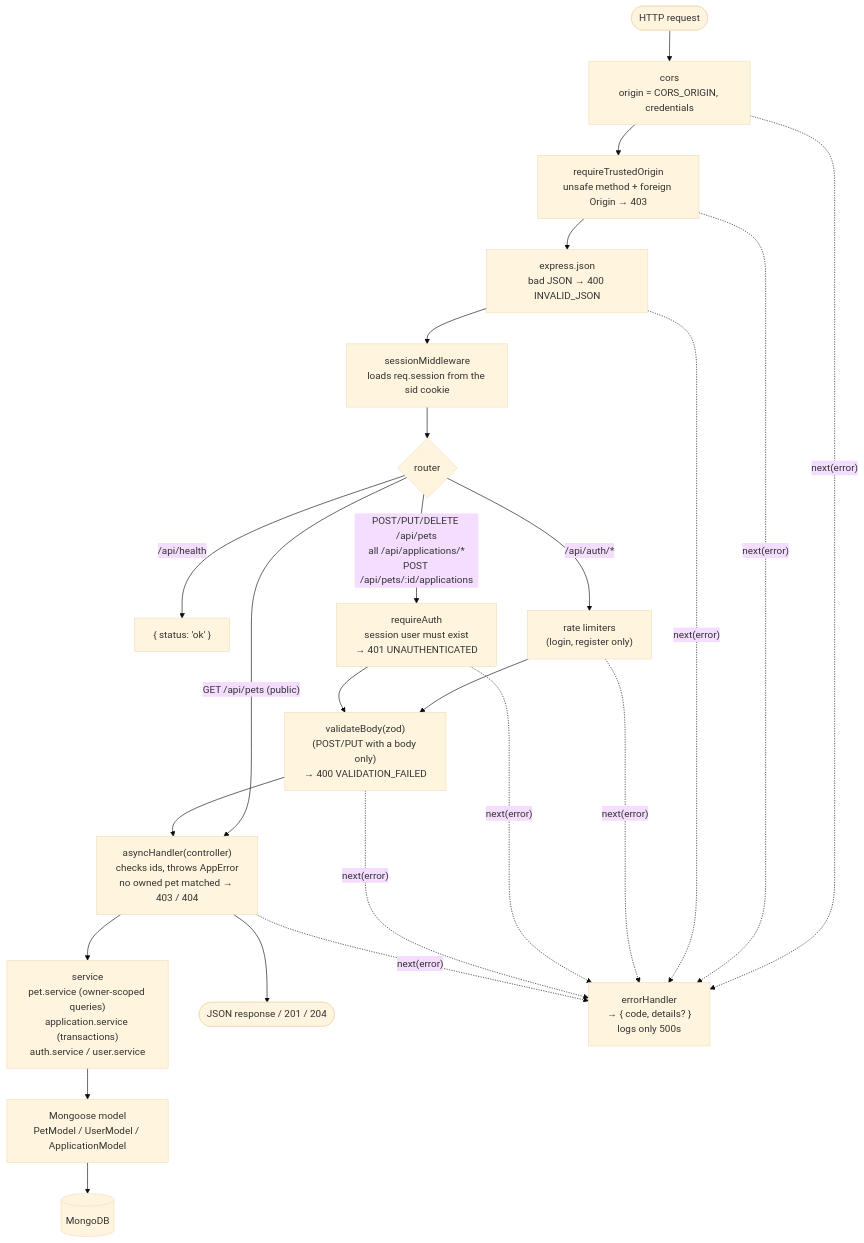
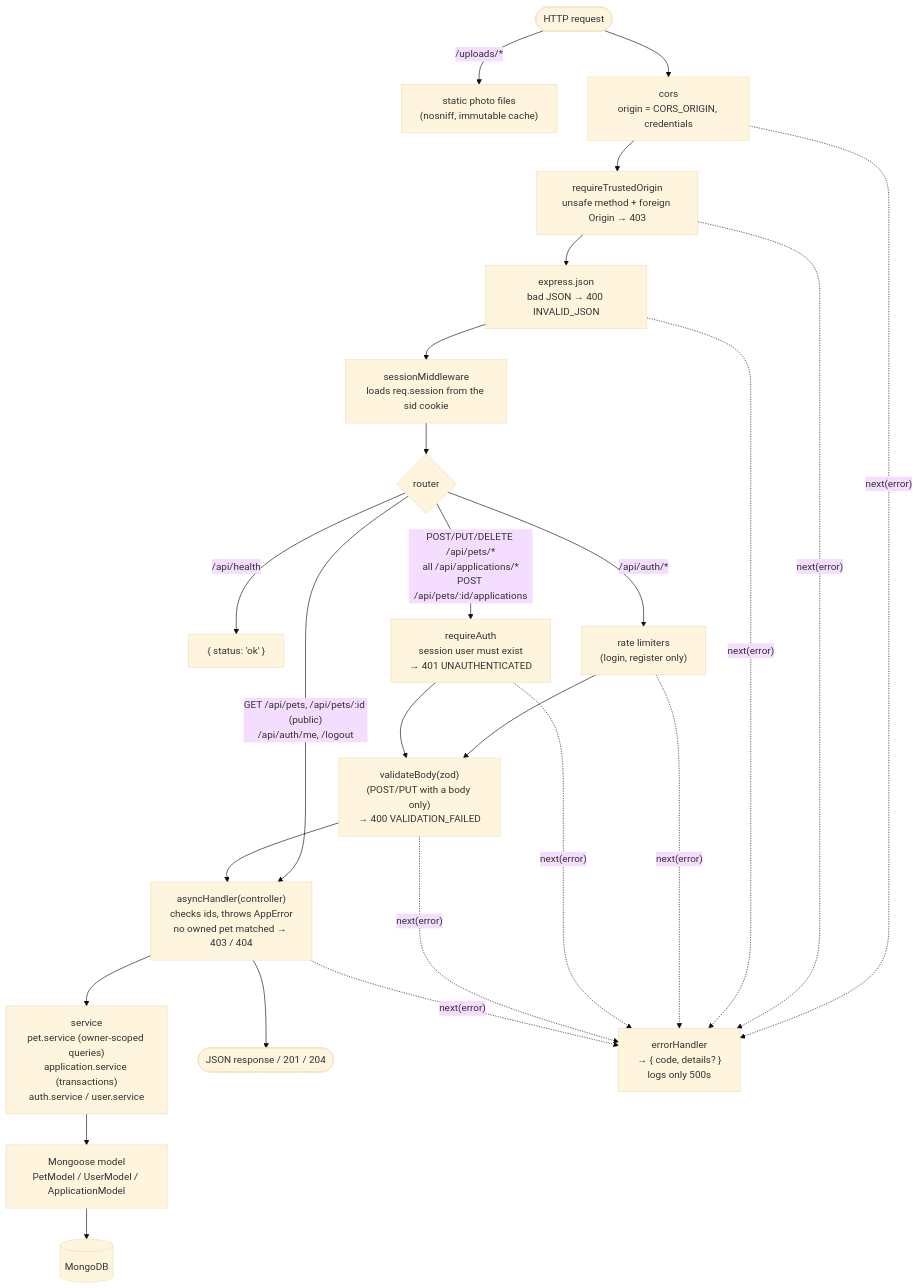
One commit to BojanSovtic/pet-adoption-system changed the third of 11 diagrams in docs/architecture.md. Above: the diagram before and after it, drawn with Mermaid (base theme). The commit also changed other lines of this file and 3 other files, not shown here.

````diff
--- a/docs/architecture.md
+++ b/docs/architecture.md
@@ -93,23 +93,24 @@
 ```mermaid
 flowchart TB
-  req(["HTTP request"]) --> cors["cors<br/>origin = CORS_ORIGIN, credentials"]
+  req(["HTTP request"]) -- "/uploads/*" --> files["static photo files<br/>(nosniff, immutable cache)"]
+  req --> cors["cors<br/>origin = CORS_ORIGIN, credentials"]
   cors --> origin["requireTrustedOrigin<br/>unsafe method + foreign Origin → 403"]
   origin --> json["express.json<br/>bad JSON → 400 INVALID_JSON"]
   json --> session["sessionMiddleware<br/>loads req.session from the sid cookie"]
   session --> router{"router"}
 
   router -- "/api/health" --> health["{ status: 'ok' }"]
   router -- "/api/auth/*" --> rate["rate limiters<br/>(login, register only)"]
-  router -- "POST/PUT/DELETE /api/pets<br/>all /api/applications/*<br/>POST /api/pets/:id/applications" --> auth["requireAuth<br/>session user must exist<br/>→ 401 UNAUTHENTICATED"]
-  router -- "GET /api/pets (public)" --> controller
+  router -- "POST/PUT/DELETE /api/pets/*<br/>all /api/applications/*<br/>POST /api/pets/:id/applications" --> auth["requireAuth<br/>session user must exist<br/>→ 401 UNAUTHENTICATED"]
+  router -- "GET /api/pets, /api/pets/:id (public)<br/>/api/auth/me, /logout" --> controller
 
   rate --> validate["validateBody(zod)<br/>(POST/PUT with a body only)<br/>→ 400 VALIDATION_FAILED"]
   auth --> validate
   validate --> controller["asyncHandler(controller)<br/>checks ids, throws AppError<br/>no owned pet matched → 403 / 404"]
   controller --> service["service<br/>pet.service (owner-scoped queries)<br/>application.service (transactions)<br/>auth.service / user.service"]
   service --> model["Mongoose model<br/>PetModel / UserModel / ApplicationModel"]
   model --> db[("MongoDB")]
   controller --> ok(["JSON response / 201 / 204"])
 
   cors & origin & json & rate & auth & validate & controller -. "next(error)" .-> handler["errorHandler<br/>→ { code, details? }<br/>logs only 500s"]
 ```
````
